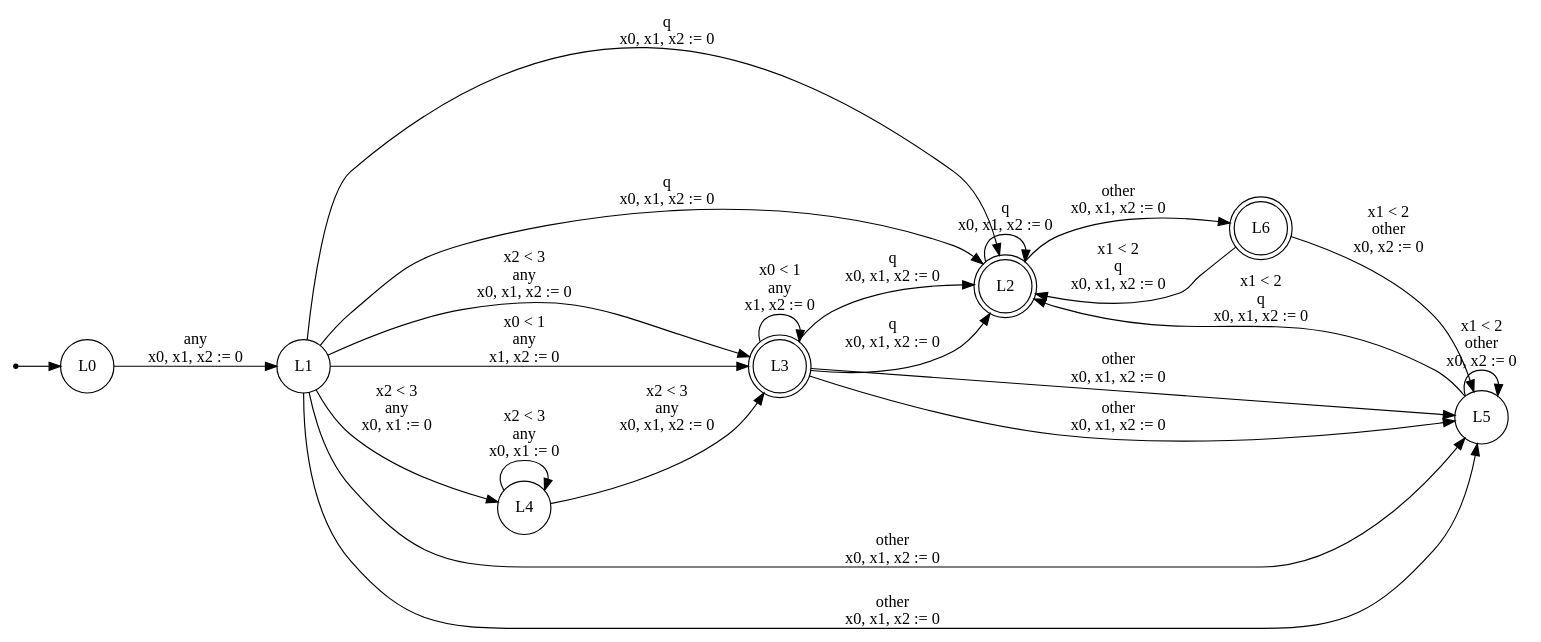
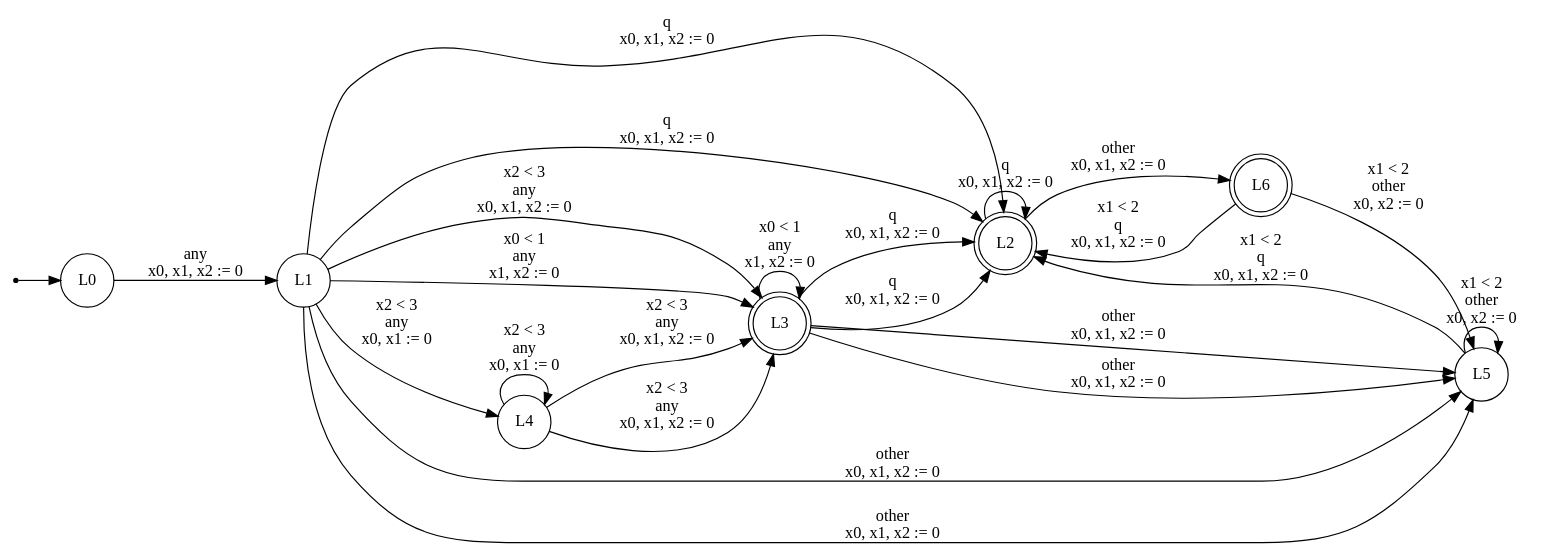
Before and after one commit to efares1/rocq-mtl-to-tba-translation: the diagram in evaluation/compile_dot_random/X59.dot, drawn with Graphviz. The commit also changed 105 other files, not shown here.

```diff
--- a/evaluation/compile_dot_random/X59.dot
+++ b/evaluation/compile_dot_random/X59.dot
@@ -1,34 +1,35 @@
 digraph TBA {
   rankdir=LR;
   node [shape=circle];
   init [shape=point];
   init -> L0;
   L0 [shape=circle, label="L0"];
   L1 [shape=circle, label="L1"];
   L2 [shape=doublecircle, label="L2"];
   L3 [shape=doublecircle, label="L3"];
   L4 [shape=circle, label="L4"];
   L5 [shape=circle, label="L5"];
   L6 [shape=doublecircle, label="L6"];
   L0 -> L1 [label="any\nx0, x1, x2 := 0"];
   L1 -> L2 [label="q\nx0, x1, x2 := 0"];
   L1 -> L2 [label="q\nx0, x1, x2 := 0"];
   L1 -> L3 [label="x2 < 3\nany\nx0, x1, x2 := 0"];
   L1 -> L3 [label="x0 < 1\nany\nx1, x2 := 0"];
   L1 -> L4 [label="x2 < 3\nany\nx0, x1 := 0"];
   L1 -> L5 [label="other\nx0, x1, x2 := 0"];
   L1 -> L5 [label="other\nx0, x1, x2 := 0"];
   L2 -> L2 [label="q\nx0, x1, x2 := 0"];
   L2 -> L6 [label="other\nx0, x1, x2 := 0"];
   L3 -> L2 [label="q\nx0, x1, x2 := 0"];
   L3 -> L2 [label="q\nx0, x1, x2 := 0"];
   L3 -> L3 [label="x0 < 1\nany\nx1, x2 := 0"];
   L3 -> L5 [label="other\nx0, x1, x2 := 0"];
   L3 -> L5 [label="other\nx0, x1, x2 := 0"];
   L4 -> L3 [label="x2 < 3\nany\nx0, x1, x2 := 0"];
+  L4 -> L3 [label="x2 < 3\nany\nx0, x1, x2 := 0"];
   L4 -> L4 [label="x2 < 3\nany\nx0, x1 := 0"];
   L5 -> L2 [label="x1 < 2\nq\nx0, x1, x2 := 0"];
   L5 -> L5 [label="x1 < 2\nother\nx0, x2 := 0"];
   L6 -> L2 [label="x1 < 2\nq\nx0, x1, x2 := 0"];
   L6 -> L5 [label="x1 < 2\nother\nx0, x2 := 0"];
 }
```
